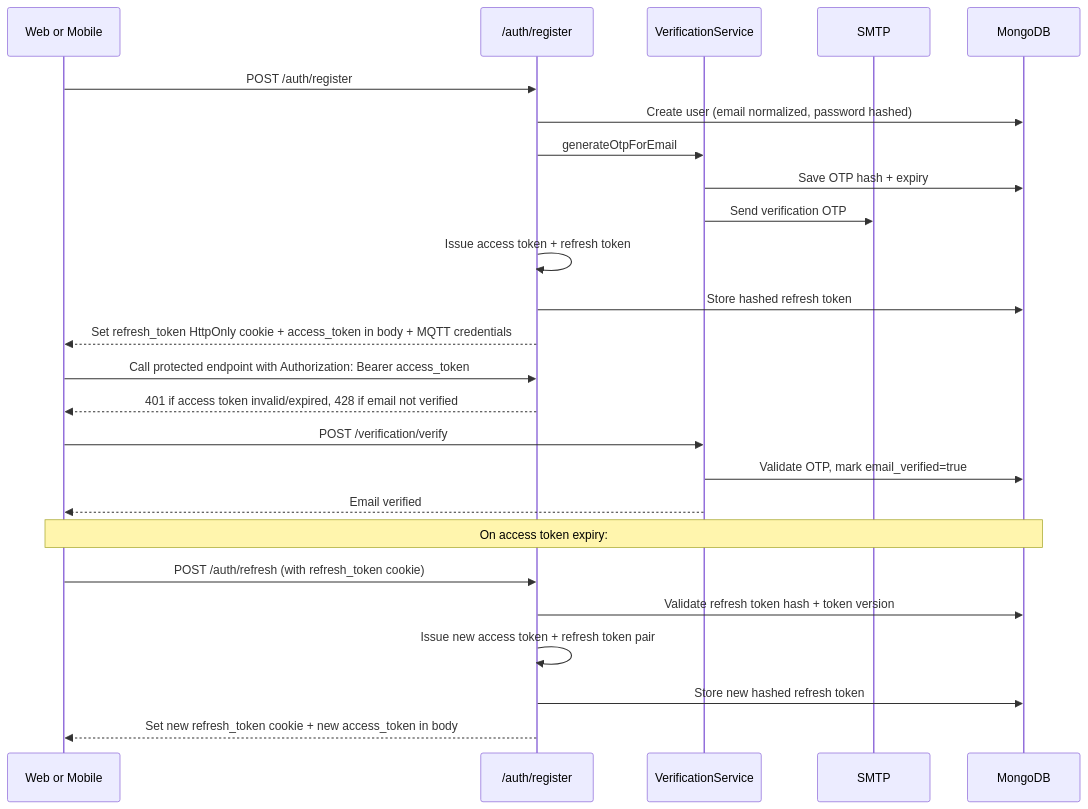
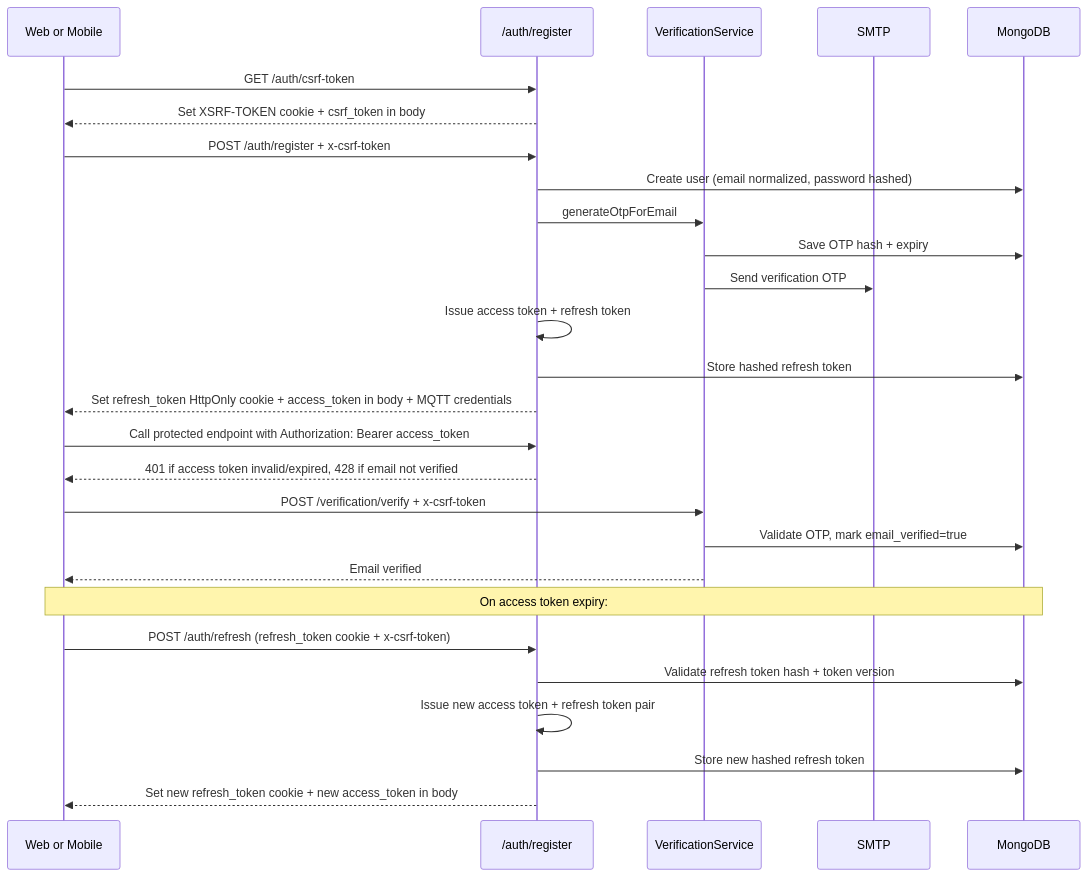
The second of 6 diagrams in docs/arch.md (ahmed-atef-gad/nexusflow-backend), drawn with Mermaid before and after one commit. The commit also changed other lines of this file and 4 other files, not shown here.

````diff
--- a/docs/arch.md
+++ b/docs/arch.md
@@ -115,31 +119,34 @@
 ```mermaid
 sequenceDiagram
     participant Client as Web or Mobile
     participant Auth as /auth/register
     participant Verify as VerificationService
     participant Mail as SMTP
     participant DB as MongoDB
 
-    Client->>Auth: POST /auth/register
+    Client->>Auth: GET /auth/csrf-token
+    Auth-->>Client: Set XSRF-TOKEN cookie + csrf_token in body
+
+    Client->>Auth: POST /auth/register + x-csrf-token
     Auth->>DB: Create user (email normalized, password hashed)
     Auth->>Verify: generateOtpForEmail
     Verify->>DB: Save OTP hash + expiry
     Verify->>Mail: Send verification OTP
     Auth->>Auth: Issue access token + refresh token
     Auth->>DB: Store hashed refresh token
     Auth-->>Client: Set refresh_token HttpOnly cookie + access_token in body + MQTT credentials
 
     Client->>Auth: Call protected endpoint with Authorization: Bearer access_token
     Auth-->>Client: 401 if access token invalid/expired, 428 if email not verified
 
-    Client->>Verify: POST /verification/verify
+    Client->>Verify: POST /verification/verify + x-csrf-token
     Verify->>DB: Validate OTP, mark email_verified=true
     Verify-->>Client: Email verified
 
     Note over Client,DB: On access token expiry:
-    Client->>Auth: POST /auth/refresh (with refresh_token cookie)
+    Client->>Auth: POST /auth/refresh (refresh_token cookie + x-csrf-token)
     Auth->>DB: Validate refresh token hash + token version
     Auth->>Auth: Issue new access token + refresh token pair
     Auth->>DB: Store new hashed refresh token
     Auth-->>Client: Set new refresh_token cookie + new access_token in body
 ```
````
